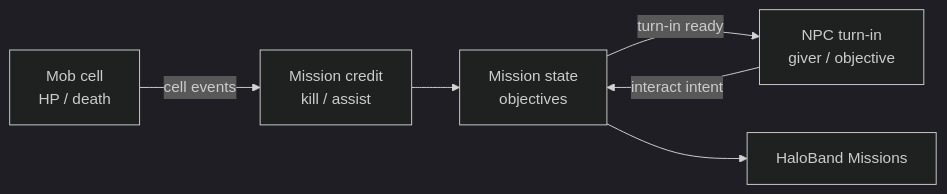
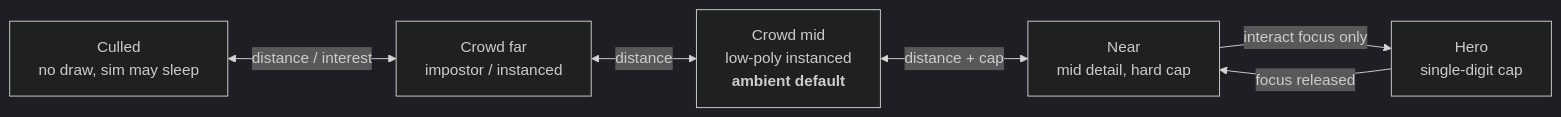
The third of 3 diagrams in docs/docs/architecture/npc.md (AlanGreyjoy/claudecitizen), drawn with Mermaid (dark theme) before and after one commit. The commit also changed other lines of this file and 49 other files, not shown here.

First line of the commit message:
feat(docs): update architecture documentation for character combat and locomotion

````diff
--- a/docs/docs/architecture/npc.md
+++ b/docs/docs/architecture/npc.md
@@ -165,12 +226,13 @@
 ```mermaid
 flowchart LR
-  Mob["Mob cell<br/>HP / death"]
-  Credit["Mission credit<br/>kill / assist"]
-  State["Mission state<br/>objectives"]
-  NPC["NPC turn-in<br/>giver / objective"]
-  UI["HaloBand Missions"]
-  Mob -->|"cell events"| Credit --> State
-  State -->|"turn-in ready"| NPC
-  State --> UI
-  NPC -->|"interact intent"| State
+  Culled["Culled<br/>no draw, sim may sleep"]
+  Far["Crowd far<br/>impostor / instanced"]
+  Mid["Crowd mid<br/>low-poly instanced<br/><b>ambient default</b>"]
+  Near["Near<br/>mid detail, hard cap"]
+  Hero["Hero<br/>single-digit cap"]
+  Culled <-->|"distance / interest"| Far
+  Far <-->|"distance"| Mid
+  Mid <-->|"distance + cap"| Near
+  Near -->|"interact focus only"| Hero
+  Hero -->|"focus released"| Near
 ```
````
